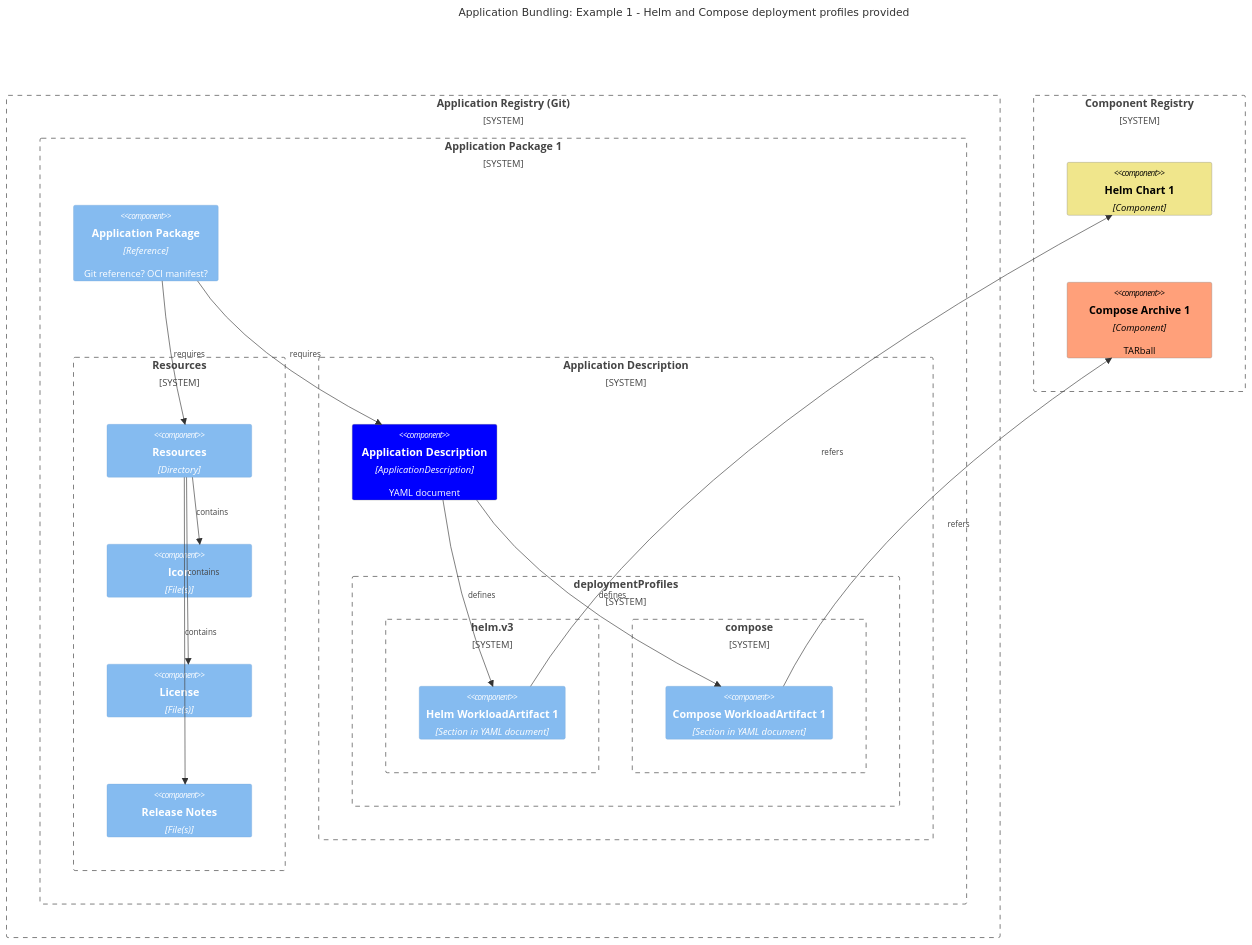
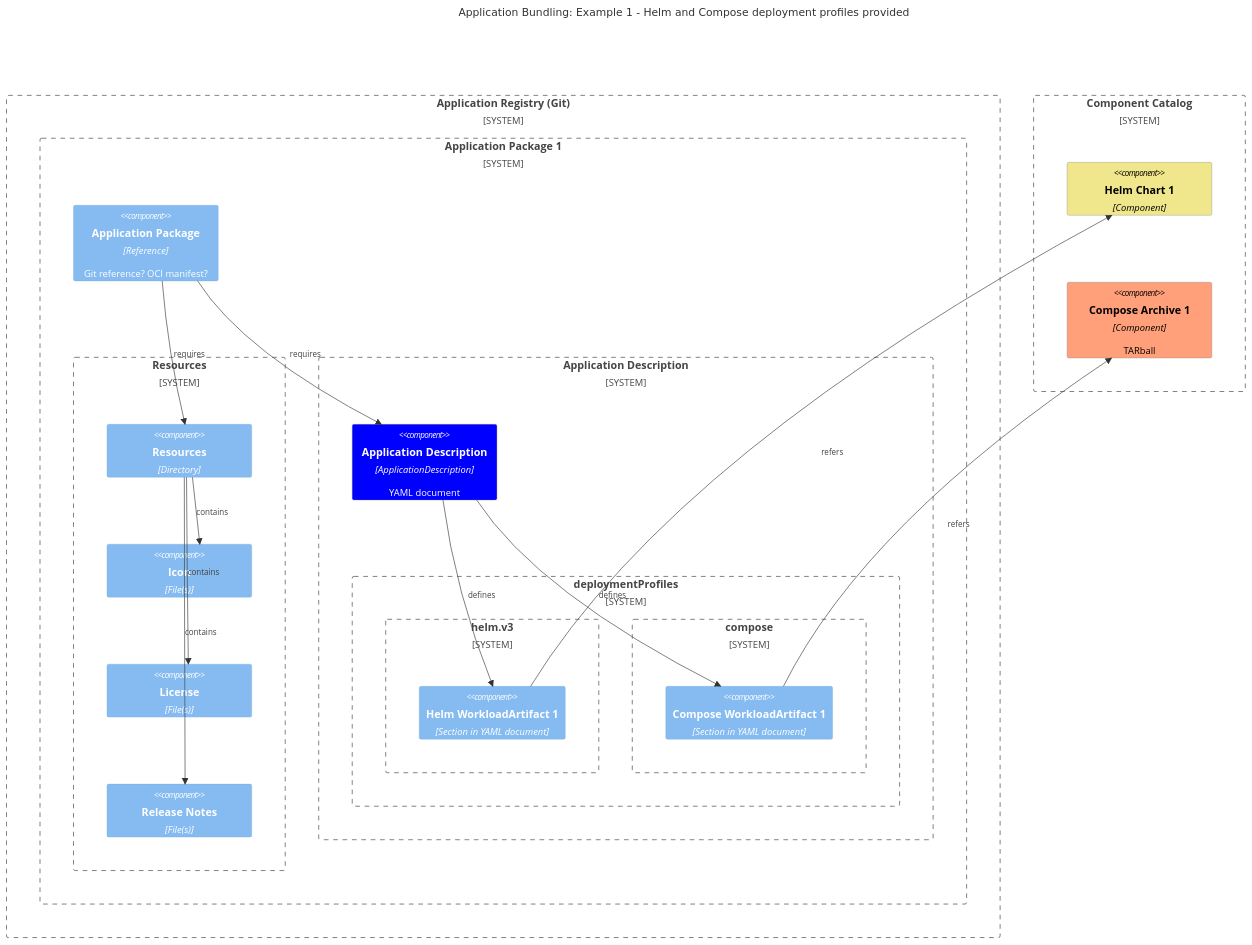
The third of 10 diagrams in system-design/margo-overview/software-composition.md (margo/specification), drawn with Mermaid before and after one commit. The commit also changed other lines of this file, not shown here.

Commit message:
fix: uniform use of component catalog

````diff
--- a/system-design/margo-overview/software-composition.md
+++ b/system-design/margo-overview/software-composition.md
@@ -121,49 +123,49 @@
 ```mermaid
 C4Component
     title Application Bundling: Example 1 - Helm and Compose deployment profiles provided
 
     System_Boundary(ar, "Application Registry (Git)") {
         System_Boundary(ab1, "Application Package 1") {
             Component(atb1, "Application Package", "Reference", "Git reference? OCI manifest?")
 
             System_Boundary(c99, "Resources") {
                 Component(rd, "Resources", "Directory")
                 Component(ic, "Icon", "File(s)")
                 Component(lc, "License", "File(s)")
                 Component(rn, "Release Notes", "File(s)")
                 Rel(rd, ic, "contains")
                 Rel(rd, lc, "contains")
                 Rel(rd, rn, "contains")
             }
 
             System_Boundary(c1, "Application Description") {
                 Component(ad, "Application Description", "ApplicationDescription", "YAML document")
                 System_Boundary(c2, "deploymentProfiles") {
                     System_Boundary(c3, "helm.v3") {
                         Component(wldh1, "Helm WorkloadArtifact 1", "Section in YAML document")
                     }
                     System_Boundary(c4, "compose") {
                         Component(wldc1, "Compose WorkloadArtifact 1", "Section in YAML document")
                     }
                 }
                 Rel(ad,wldh1, "defines")
                 Rel(ad,wldc1, "defines")
             }
 
             Rel(atb1, ad, "requires")
             Rel(atb1, rd, "requires")
         }
     }
 
-    System_Boundary(crr, "Component Registry") {
+    System_Boundary(crr, "Component Catalog") {
         Component(hc1, "Helm Chart 1", "Component")
         Component(cc1, "Compose Archive 1", "Component", "TARball")
     }
 
     Rel(wldh1, hc1, "refers")
     Rel(wldc1, cc1, "refers")
 
     UpdateElementStyle(ad, $fontColor="white", $bgColor="blue", $borderColor="grey")
     UpdateElementStyle(hc1, $fontColor="black", $bgColor="khaki", $borderColor="grey")
     UpdateElementStyle(cc1, $fontColor="black", $bgColor="lightsalmon", $borderColor="grey")
 ```
````
